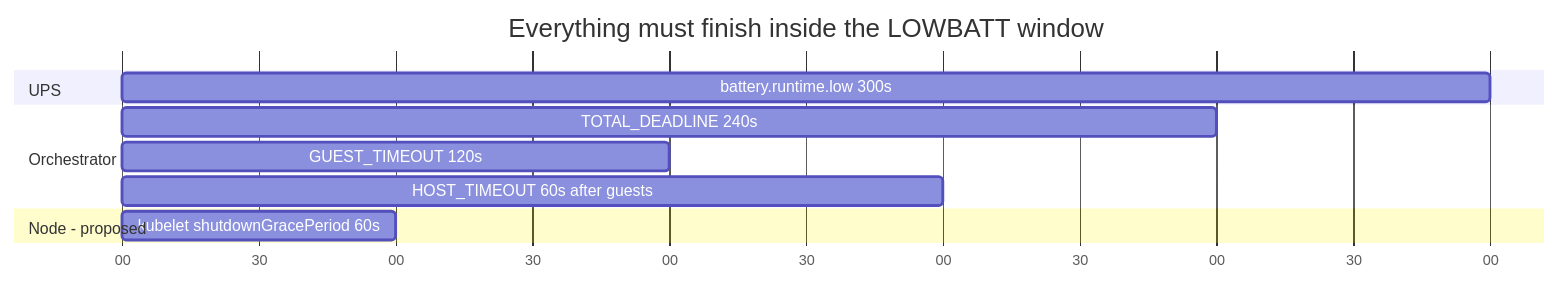
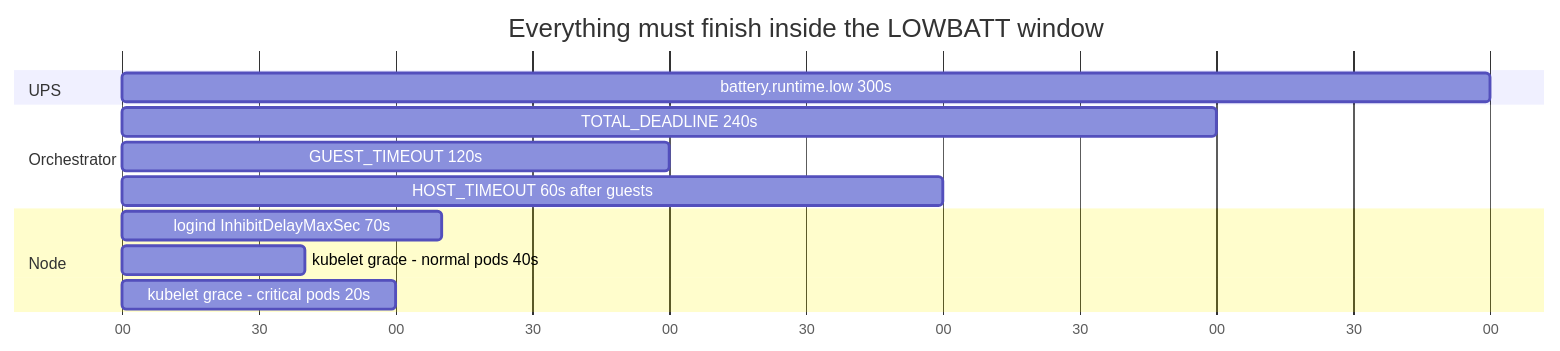
The fourth of 5 diagrams in docs/ups-graceful-shutdown.md (vollminlab/homelab-infrastructure), drawn with Mermaid before and after one commit. The commit also changed other lines of this file, not shown here.

````diff
--- a/docs/ups-graceful-shutdown.md
+++ b/docs/ups-graceful-shutdown.md
@@ -230,14 +230,16 @@
 ```mermaid
 gantt
     title Everything must finish inside the LOWBATT window
     dateFormat X
     axisFormat %S
     section UPS
     battery.runtime.low 300s           :0, 300
     section Orchestrator
     TOTAL_DEADLINE  240s               :0, 240
     GUEST_TIMEOUT  120s                :0, 120
     HOST_TIMEOUT 60s after guests      :120, 180
-    section Node - proposed
-    kubelet shutdownGracePeriod 60s    :0, 60
+    section Node
+    logind InhibitDelayMaxSec 70s      :0, 70
+    kubelet grace - normal pods 40s    :0, 40
+    kubelet grace - critical pods 20s  :40, 60
 ```
````
